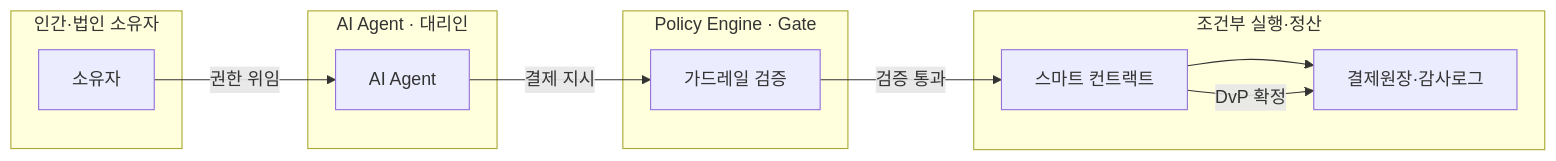
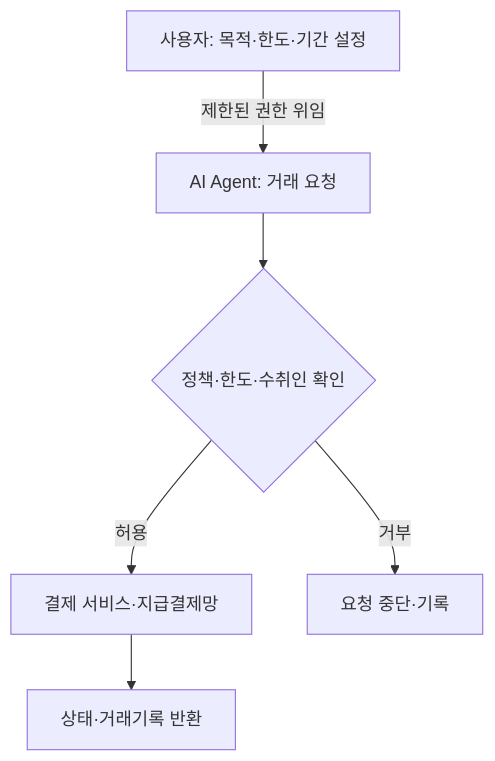
One commit to agnusdei1207/study changed the first of 2 diagrams in src/content/docs/notes/itpe/01-it-strategy/110_programmable_money_ai_agents.md. Above: the diagram before and after it, drawn with Mermaid. The commit also changed other lines of this file and 6 other files, not shown here.

````diff
--- a/src/content/docs/notes/itpe/01-it-strategy/110_programmable_money_ai_agents.md
+++ b/src/content/docs/notes/itpe/01-it-strategy/110_programmable_money_ai_agents.md
@@ -61,20 +54,8 @@
 ```mermaid
-flowchart LR
-    subgraph PRINCIPAL["인간·법인 소유자"]
-        O["소유자"]
-    end
-    subgraph AGENT["AI Agent · 대리인"]
-        A["AI Agent"]
-    end
-    subgraph POLICY["Policy Engine · Gate"]
-        P["가드레일 검증"]
-    end
-    subgraph EXEC["조건부 실행·정산"]
-        S["스마트 컨트랙트"] --> L["결제원장·감사로그"]
-    end
-
-    O -->|권한 위임| A
-    A -->|결제 지시| P
-    P -->|검증 통과| S
-    S -->|DvP 확정| L
+flowchart TD
+    U["사용자: 목적·한도·기간 설정"] -->|제한된 권한 위임| A["AI Agent: 거래 요청"]
+    A --> P{"정책·한도·수취인 확인"}
+    P -->|허용| R["결제 서비스·지급결제망"]
+    P -->|거부| X["요청 중단·기록"]
+    R --> M["상태·거래기록 반환"]
 ```
````
